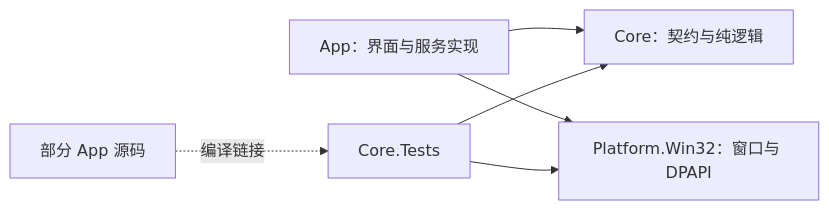
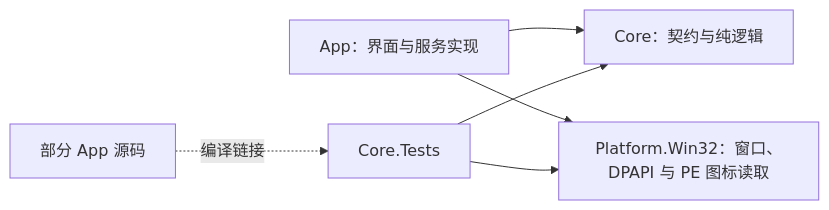
The diagram in docs/ARCHITECTURE.md (SRW-OG/githubstore), drawn with Mermaid before and after one commit. The commit also changed other lines of this file and 20 other files, not shown here.

````diff
--- a/docs/ARCHITECTURE.md
+++ b/docs/ARCHITECTURE.md
@@ -16,8 +16,8 @@
 ```mermaid
 flowchart LR
     App[App：界面与服务实现] --> Core[Core：契约与纯逻辑]
-    App --> Win32[Platform.Win32：窗口与 DPAPI]
+    App --> Win32[Platform.Win32：窗口、DPAPI 与 PE 图标读取]
     Tests[Core.Tests] --> Core
     Tests --> Win32
     Linked[部分 App 源码] -. 编译链接 .-> Tests
 ```
````
